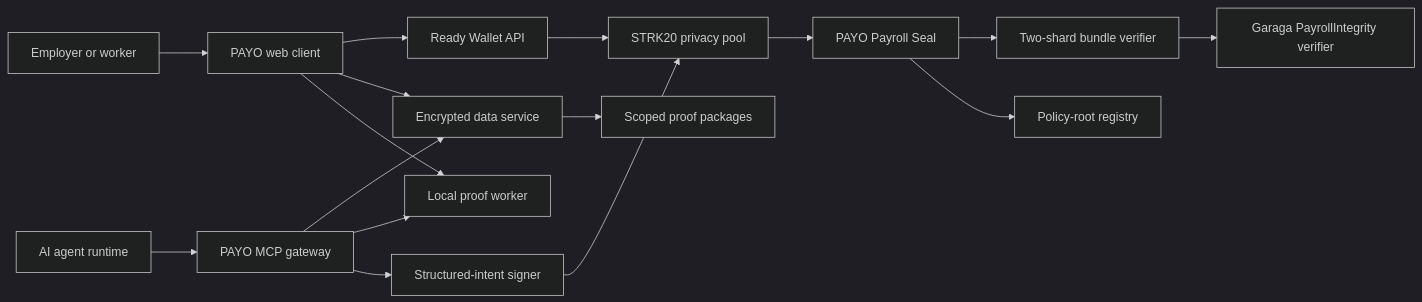
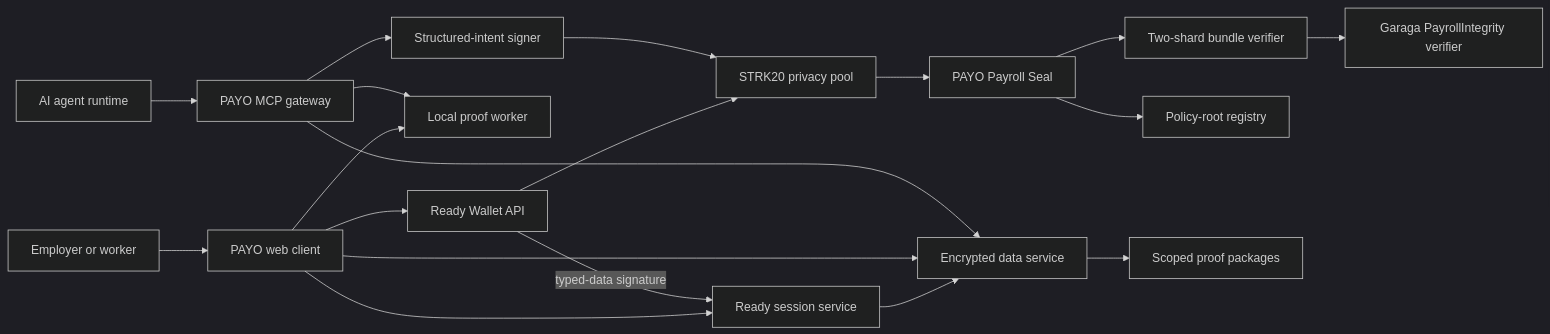
Before and after one commit to Tutulii/private-payroll: the first of 3 diagrams in architecture.md, drawn with Mermaid (dark theme). The commit also changed other lines of this file and 28 other files, not shown here.

````diff
--- a/architecture.md
+++ b/architecture.md
@@ -16,18 +16,21 @@
 ```mermaid
 flowchart LR
     Human[Employer or worker] --> Web[PAYO web client]
     Agent[AI agent runtime] --> MCP[PAYO MCP gateway]
     Web --> Ready[Ready Wallet API]
+    Web --> Auth[Ready session service]
+    Ready -->|typed-data signature| Auth
+    Auth --> Vault[Encrypted data service]
     Web --> Vault[Encrypted data service]
     MCP --> Vault
     Web --> Prover[Local proof worker]
     MCP --> Prover
     MCP --> Signer[Structured-intent signer]
     Ready --> Pool[STRK20 privacy pool]
     Signer --> Pool
     Pool --> Seal[PAYO Payroll Seal]
     Seal --> Bundle[Two-shard bundle verifier]
     Bundle --> Verifier[Garaga PayrollIntegrity verifier]
     Seal --> Policies[Policy-root registry]
     Vault --> Export[Scoped proof packages]
 ```
````
